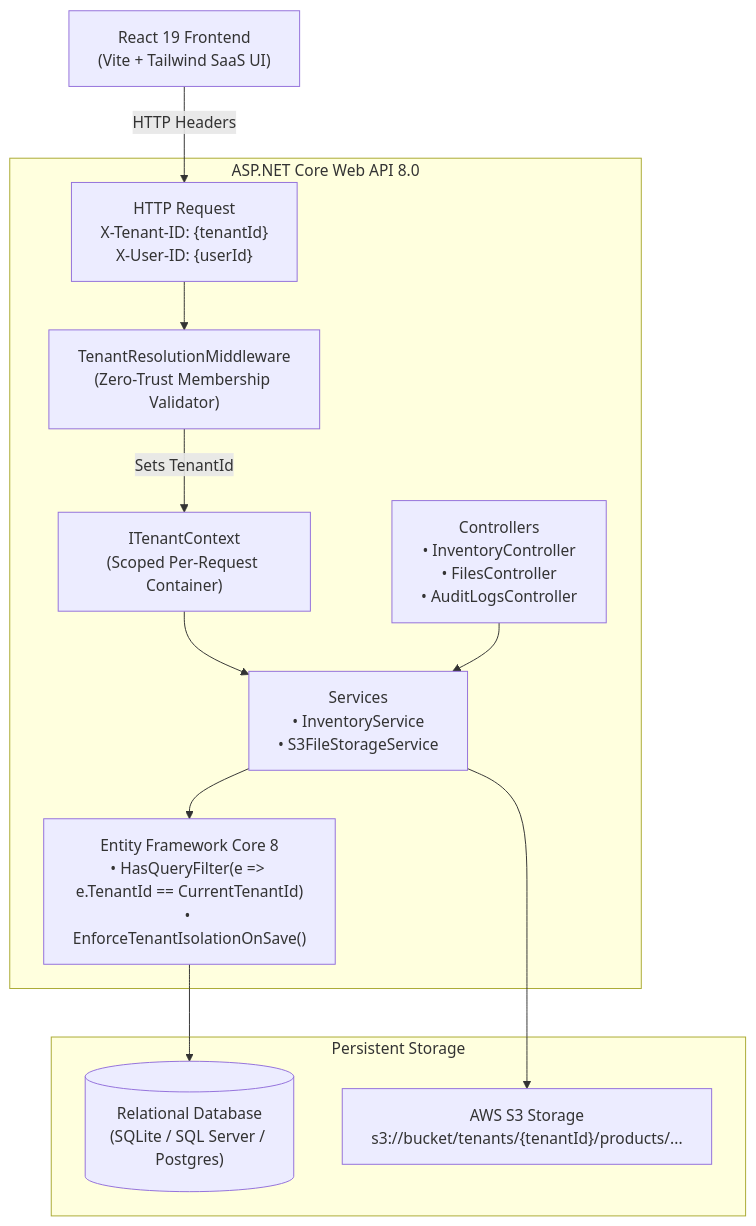
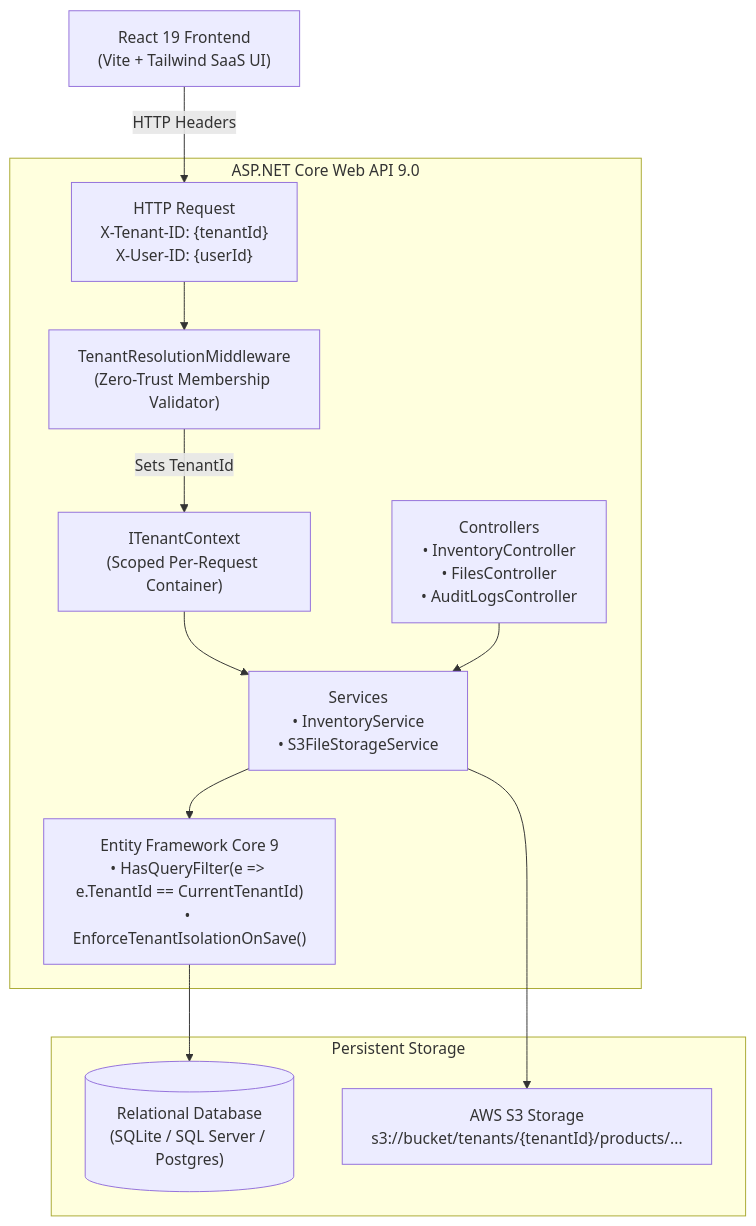
One commit to jamithsai/inventra changed the first of 4 diagrams in ARCHITECTURE.md. Above: the diagram before and after it, drawn with Mermaid. The commit also changed other lines of this file and 7 other files, not shown here.

````diff
--- a/ARCHITECTURE.md
+++ b/ARCHITECTURE.md
@@ -11,29 +11,29 @@
 ```mermaid
 graph TD
     Client["React 19 Frontend<br/>(Vite + Tailwind SaaS UI)"]
     
-    subgraph "ASP.NET Core Web API 8.0"
+    subgraph "ASP.NET Core Web API 9.0"
         Gateway["HTTP Request<br/>X-Tenant-ID: {tenantId}<br/>X-User-ID: {userId}"]
         Middleware["TenantResolutionMiddleware<br/>(Zero-Trust Membership Validator)"]
         Context["ITenantContext<br/>(Scoped Per-Request Container)"]
         
         Controllers["Controllers<br/>• InventoryController<br/>• FilesController<br/>• AuditLogsController"]
         Services["Services<br/>• InventoryService<br/>• S3FileStorageService"]
         
-        EFCore["Entity Framework Core 8<br/>• HasQueryFilter(e => e.TenantId == CurrentTenantId)<br/>• EnforceTenantIsolationOnSave()"]
+        EFCore["Entity Framework Core 9<br/>• HasQueryFilter(e => e.TenantId == CurrentTenantId)<br/>• EnforceTenantIsolationOnSave()"]
     end
     
     subgraph "Persistent Storage"
         DB[("Relational Database<br/>(SQLite / SQL Server / Postgres)")]
         S3["AWS S3 Storage<br/>s3://bucket/tenants/{tenantId}/products/..."]
     end
 
     Client -->|HTTP Headers| Gateway
     Gateway --> Middleware
     Middleware -->|Sets TenantId| Context
     Context --> Services
     Controllers --> Services
     Services --> EFCore
     Services --> S3
     EFCore --> DB
 ```
````
